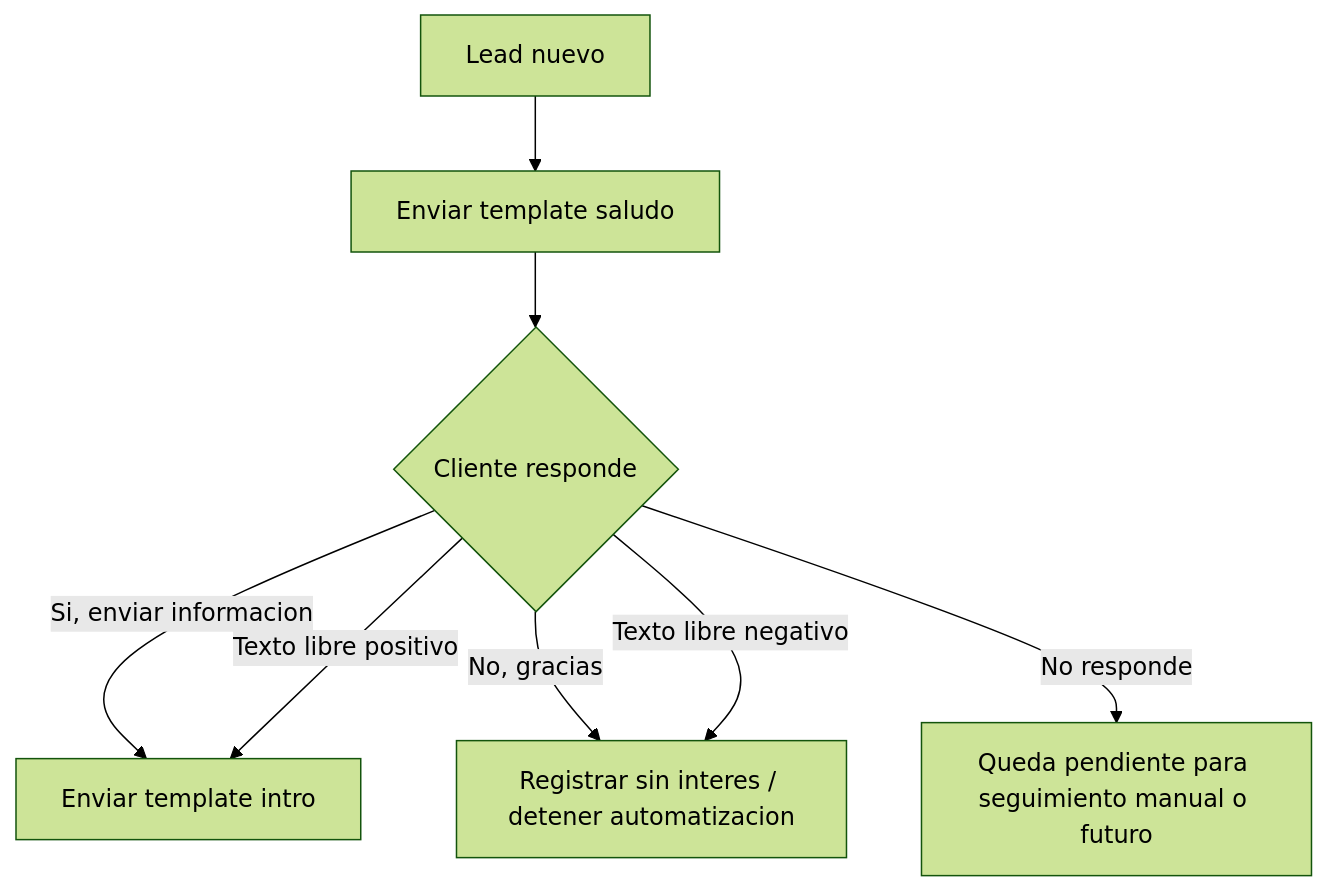
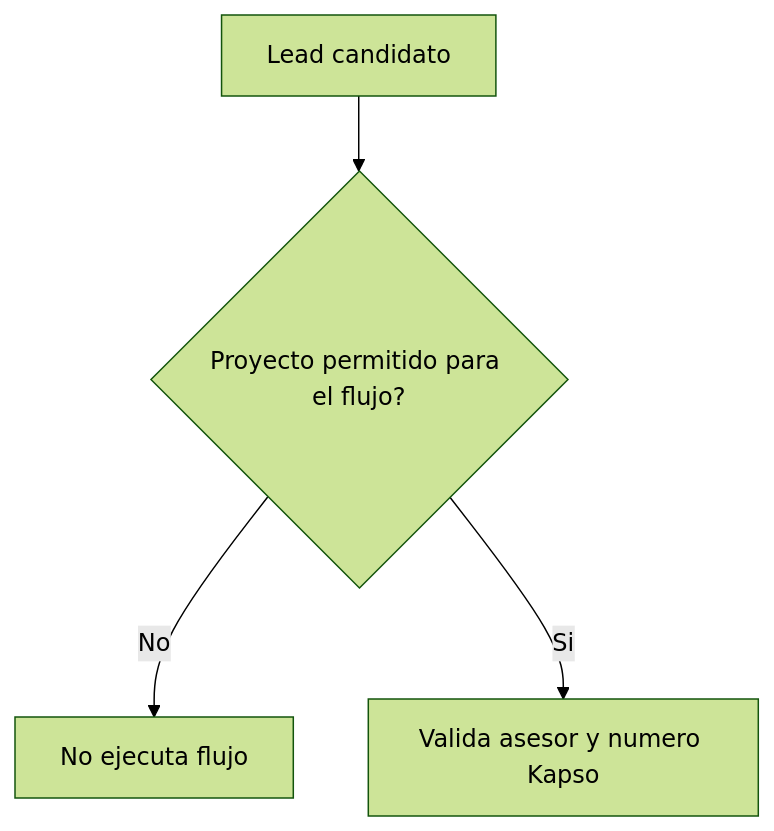
One commit to roccacr/CRM_VENTAS changed the fourth of 7 diagrams in README.md. Above: the diagram before and after it, drawn with Mermaid (forest theme). The commit also changed other lines of this file and 1 other file, not shown here.

Commit message:
docs: update Kapso business flow documentation

````diff
--- a/README.md
+++ b/README.md
@@ -321,10 +171,6 @@
 ```mermaid
 flowchart TD
-    A["Lead nuevo"] --> B["Enviar template saludo"]
-    B --> C{"Cliente responde"}
-    C -->|"Si, enviar informacion"| D["Enviar template intro"]
-    C -->|"No, gracias"| E["Registrar sin interes / detener automatizacion"]
-    C -->|"Texto libre positivo"| D
-    C -->|"Texto libre negativo"| E
-    C -->|"No responde"| F["Queda pendiente para seguimiento manual o futuro"]
+  A["Lead candidato"] --> B{"Proyecto permitido para el flujo?"}
+  B -- "No" --> C["No ejecuta flujo"]
+  B -- "Si" --> D["Valida asesor y numero Kapso"]
 ```
````
